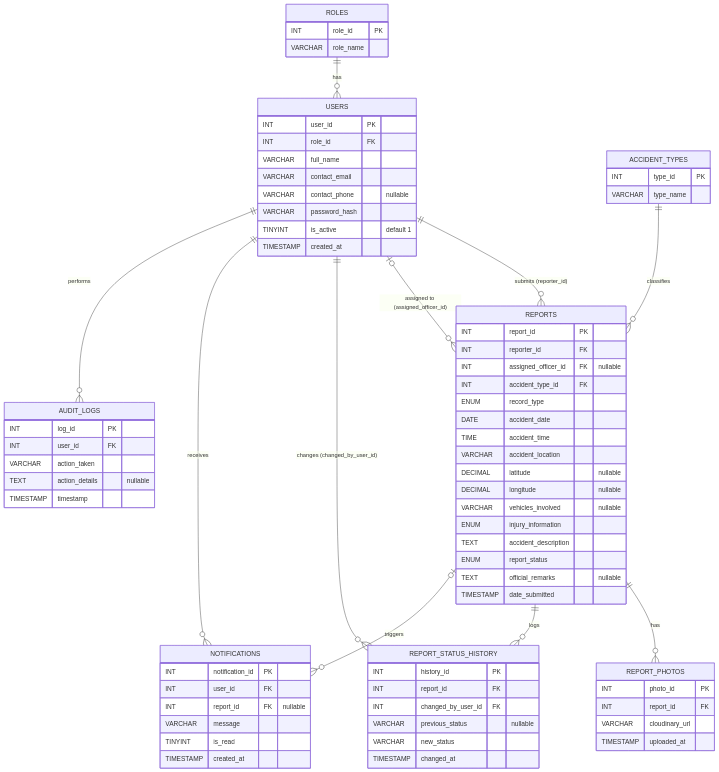
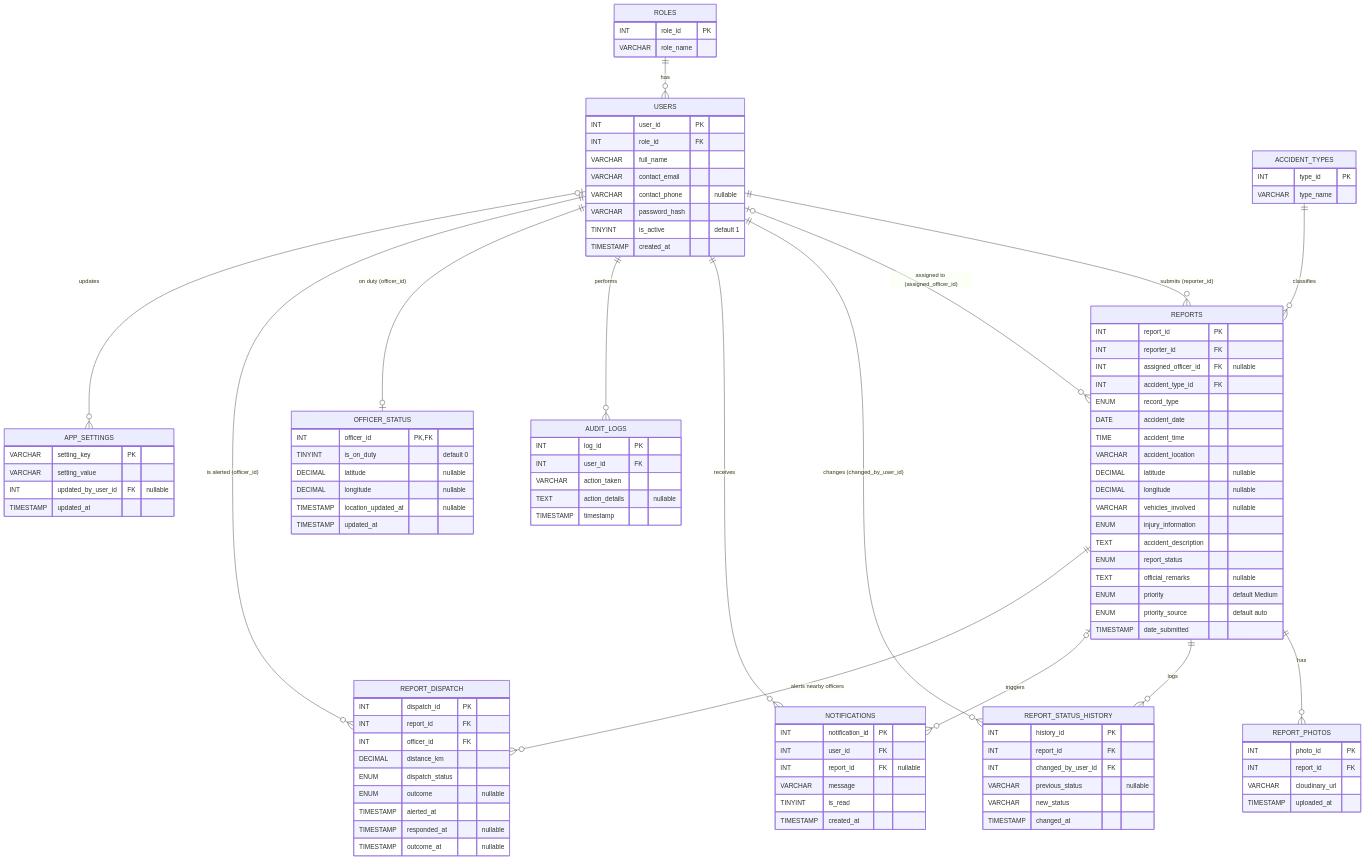
The diagram in docs/erd/erd.mmd (l3n8n-ocd/roadwatch), drawn with Mermaid before and after one commit. The commit also changed 26 other files, not shown here.

Commit message:
feat(api,db): report priority with admin override, nearby on-duty officers (alert, respond, confirm or reject on scene), edit a user's name and phone, alert range setting; schema, ERD and npm run migrate for v1.2.0 (#54, #55, #57, DECISIONS #49, #50)

```diff
--- a/docs/erd/erd.mmd
+++ b/docs/erd/erd.mmd
@@ -1,77 +1,109 @@
 erDiagram
     ROLES ||--o{ USERS : "has"
     USERS ||--o{ REPORTS : "submits (reporter_id)"
     USERS |o--o{ REPORTS : "assigned to (assigned_officer_id)"
     ACCIDENT_TYPES ||--o{ REPORTS : "classifies"
     REPORTS ||--o{ REPORT_PHOTOS : "has"
     REPORTS ||--o{ REPORT_STATUS_HISTORY : "logs"
     USERS ||--o{ REPORT_STATUS_HISTORY : "changes (changed_by_user_id)"
     USERS ||--o{ NOTIFICATIONS : "receives"
     REPORTS |o--o{ NOTIFICATIONS : "triggers"
     USERS ||--o{ AUDIT_LOGS : "performs"
+    USERS ||--o| OFFICER_STATUS : "on duty (officer_id)"
+    REPORTS ||--o{ REPORT_DISPATCH : "alerts nearby officers"
+    USERS ||--o{ REPORT_DISPATCH : "is alerted (officer_id)"
+    USERS |o--o{ APP_SETTINGS : "updates"
 
     ROLES {
         INT role_id PK
         VARCHAR role_name
     }
     USERS {
         INT user_id PK
         INT role_id FK
         VARCHAR full_name
         VARCHAR contact_email
         VARCHAR contact_phone "nullable"
         VARCHAR password_hash
         TINYINT is_active "default 1"
         TIMESTAMP created_at
     }
     ACCIDENT_TYPES {
         INT type_id PK
         VARCHAR type_name
     }
     REPORTS {
         INT report_id PK
         INT reporter_id FK
         INT assigned_officer_id FK "nullable"
         INT accident_type_id FK
         ENUM record_type
         DATE accident_date
         TIME accident_time
         VARCHAR accident_location
         DECIMAL latitude "nullable"
         DECIMAL longitude "nullable"
         VARCHAR vehicles_involved "nullable"
         ENUM injury_information
         TEXT accident_description
         ENUM report_status
         TEXT official_remarks "nullable"
+        ENUM priority "default Medium"
+        ENUM priority_source "default auto"
         TIMESTAMP date_submitted
     }
     REPORT_PHOTOS {
         INT photo_id PK
         INT report_id FK
         VARCHAR cloudinary_url
         TIMESTAMP uploaded_at
     }
     REPORT_STATUS_HISTORY {
         INT history_id PK
         INT report_id FK
         INT changed_by_user_id FK
         VARCHAR previous_status "nullable"
         VARCHAR new_status
         TIMESTAMP changed_at
     }
     NOTIFICATIONS {
         INT notification_id PK
         INT user_id FK
         INT report_id FK "nullable"
         VARCHAR message
         TINYINT is_read
         TIMESTAMP created_at
     }
     AUDIT_LOGS {
         INT log_id PK
         INT user_id FK
         VARCHAR action_taken
         TEXT action_details "nullable"
         TIMESTAMP timestamp
     }
+
+    OFFICER_STATUS {
+        INT officer_id PK, FK
+        TINYINT is_on_duty "default 0"
+        DECIMAL latitude "nullable"
+        DECIMAL longitude "nullable"
+        TIMESTAMP location_updated_at "nullable"
+        TIMESTAMP updated_at
+    }
+    REPORT_DISPATCH {
+        INT dispatch_id PK
+        INT report_id FK
+        INT officer_id FK
+        DECIMAL distance_km
+        ENUM dispatch_status
+        ENUM outcome "nullable"
+        TIMESTAMP alerted_at
+        TIMESTAMP responded_at "nullable"
+        TIMESTAMP outcome_at "nullable"
+    }
+    APP_SETTINGS {
+        VARCHAR setting_key PK
+        VARCHAR setting_value
+        INT updated_by_user_id FK "nullable"
+        TIMESTAMP updated_at
+    }
```
